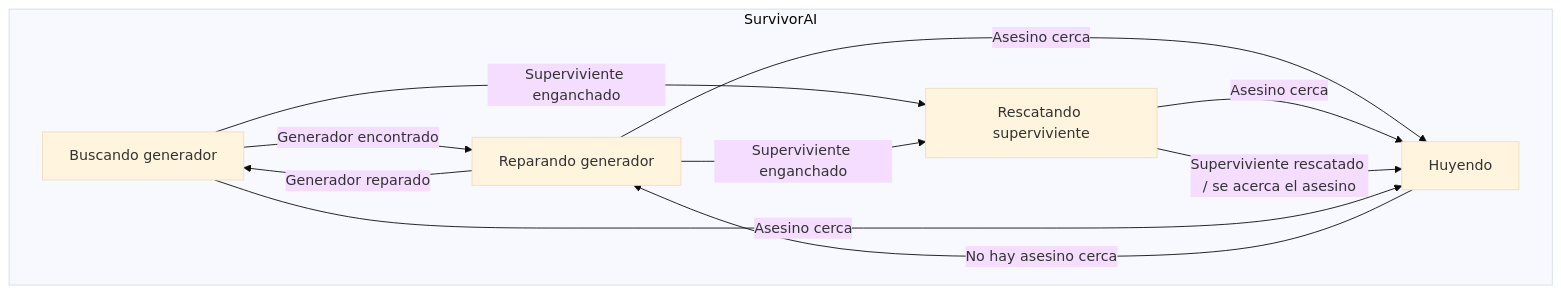
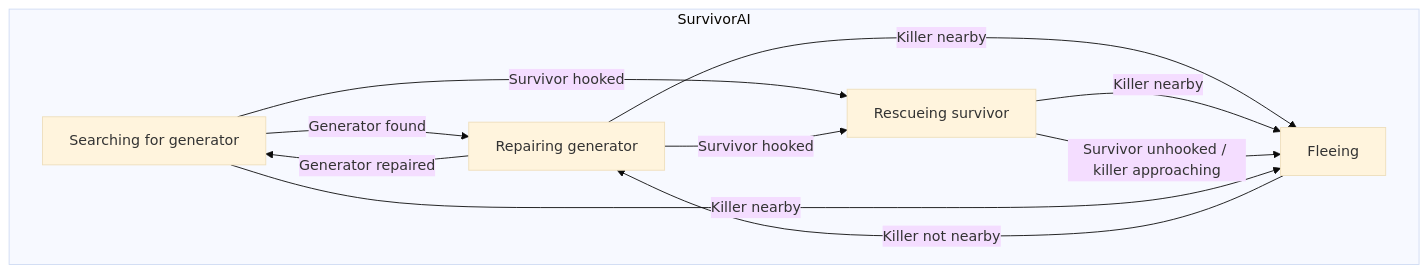
One commit to IAV24-Qin-Wen/ProyectoFinal changed the second of 2 diagrams in README.md. Above: the diagram before and after it, drawn with Mermaid (base theme). The commit also changed other lines of this file, not shown here.

````diff
--- a/README.md
+++ b/README.md
@@ -239,18 +228,18 @@
 ```mermaid
 graph TD;
     subgraph SurvivorAI
-        A[Buscando generador]
-        B[Reparando generador]
-        C[Huyendo]
-        D[Rescatando superviviente]
-        A -->|Generador encontrado| B
-        B -->|Asesino cerca| C
-        C -->|No hay asesino cerca| B
-        D -->|Asesino cerca| C
-        A -->|Superviviente enganchado| D
-        B -->|Superviviente enganchado| D
-        D -->|Superviviente rescatado / se acerca el asesino| C
-        B -->|Generador reparado| A
-        A -->|Asesino cerca| C
+        A[Searching for generator]
+        B[Repairing generator]
+        C[Fleeing]
+        D[Rescueing survivor]
+        A -->|Generator found| B
+        B -->|Killer nearby| C
+        C -->|Killer not nearby| B
+        D -->|Killer nearby| C
+        A -->|Survivor hooked| D
+        B -->|Survivor hooked| D
+        D -->|Survivor unhooked / killer approaching| C
+        B -->|Generator repaired| A
+        A -->|Killer nearby| C
     end
 ```
````
